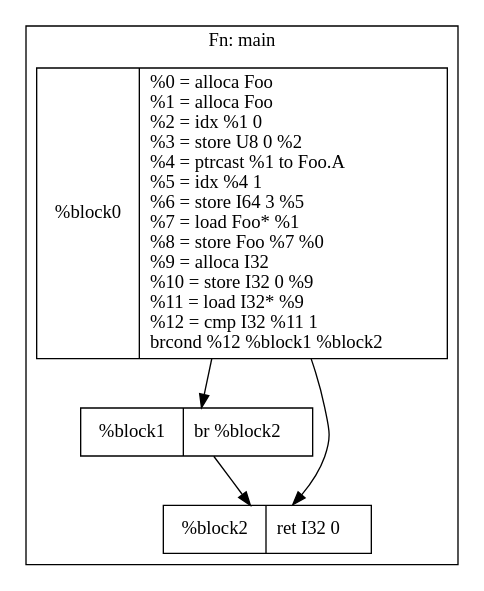
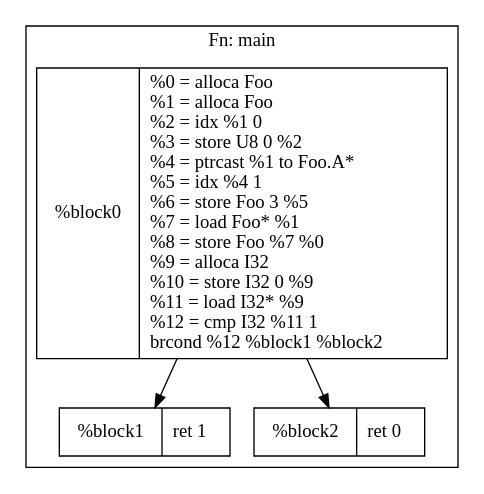
The diagram in examples/crate-1/cfg.dot (IbrahimFadel/flux), drawn with Graphviz before and after one commit. The commit also changed 11 other files, not shown here.

```diff
--- a/examples/crate-1/cfg.dot
+++ b/examples/crate-1/cfg.dot
@@ -1,12 +1,11 @@
 digraph main {
 	subgraph cluster {
 		label = "Fn: main";
-		"block0" [shape = "record", label = "%block0|%0 = alloca Foo\l%1 = alloca Foo\l%2 = idx %1 0\l%3 = store U8 0 %2\l%4 = ptrcast %1 to Foo.A\l%5 = idx %4 1\l%6 = store I64 3 %5\l%7 = load Foo* %1\l%8 = store Foo %7 %0\l%9 = alloca I32\l%10 = store I32 0 %9\l%11 = load I32* %9\l%12 = cmp I32 %11 1\lbrcond %12 %block1 %block2\l"]
-		"block1" [shape = "record", label = "%block1|br %block2\l"]
-		"block2" [shape = "record", label = "%block2|ret I32 0\l"]
+		"block0" [shape = "record", label = "%block0|%0 = alloca Foo\l%1 = alloca Foo\l%2 = idx %1 0\l%3 = store U8 0 %2\l%4 = ptrcast %1 to Foo.A*\l%5 = idx %4 1\l%6 = store Foo 3 %5\l%7 = load Foo* %1\l%8 = store Foo %7 %0\l%9 = alloca I32\l%10 = store I32 0 %9\l%11 = load I32* %9\l%12 = cmp I32 %11 1\lbrcond %12 %block1 %block2\l"]
+		"block1" [shape = "record", label = "%block1|ret 1\l"]
+		"block2" [shape = "record", label = "%block2|ret 0\l"]
 
 		"block0" -> "block1"
 		"block0" -> "block2"
-		"block1" -> "block2"
 	}
 }
```
